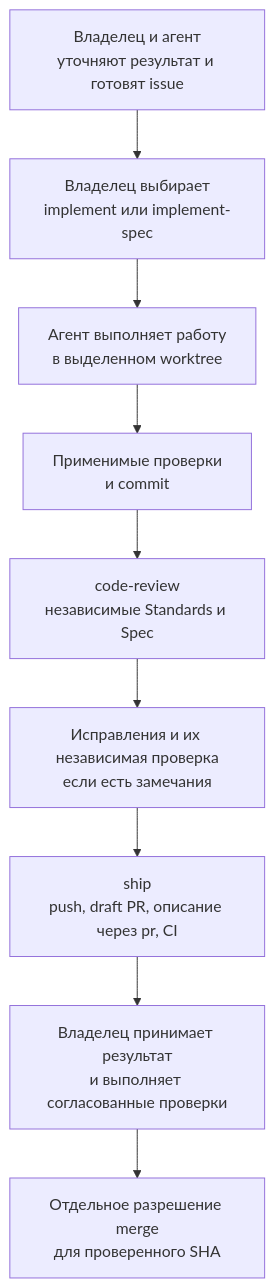
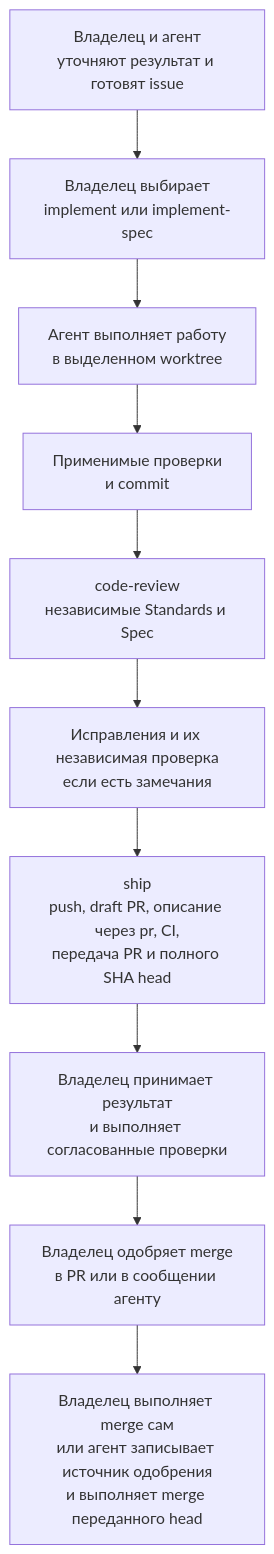
Before and after one commit to KirillSachkov/ai-first-platform: the first of 3 diagrams in docs/development-flow.md, drawn with Mermaid. The commit also changed other lines of this file and 2 other files, not shown here.

Commit message:
Вернуть исходный текст Matt в to-spec и обновить схему процесса (#44)
* Вернуть исходный текст Matt в to-spec и обновить схему процесса

Refs #43

* Уточнить по ревью: условие публикации и шаг merge на схеме

Refs #43

---------

````diff
--- a/docs/development-flow.md
+++ b/docs/development-flow.md
@@ -12,11 +12,12 @@
 ```mermaid
 flowchart TD
     A["Владелец и агент<br/>уточняют результат и готовят issue"] --> B["Владелец выбирает<br/>implement или implement-spec"]
     B --> C["Агент выполняет работу<br/>в выделенном worktree"]
     C --> D["Применимые проверки<br/>и commit"]
     D --> E["code-review<br/>независимые Standards и Spec"]
     E --> F["Исправления и их независимая проверка<br/>если есть замечания"]
-    F --> G["ship<br/>push, draft PR, описание через pr, CI"]
+    F --> G["ship<br/>push, draft PR, описание через pr, CI,<br/>передача PR и полного SHA head"]
     G --> H["Владелец принимает результат<br/>и выполняет согласованные проверки"]
-    H --> I["Отдельное разрешение merge<br/>для проверенного SHA"]
+    H --> I["Владелец одобряет merge<br/>в PR или в сообщении агенту"]
+    I --> J["Владелец выполняет merge сам<br/>или агент записывает источник одобрения<br/>и выполняет merge переданного head"]
 ```
````
